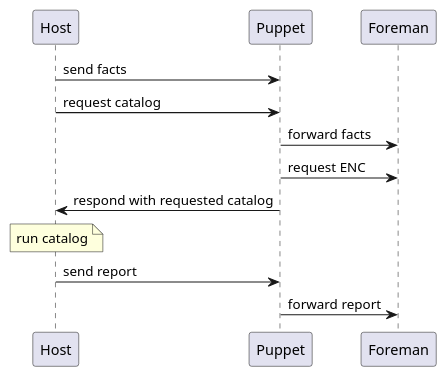
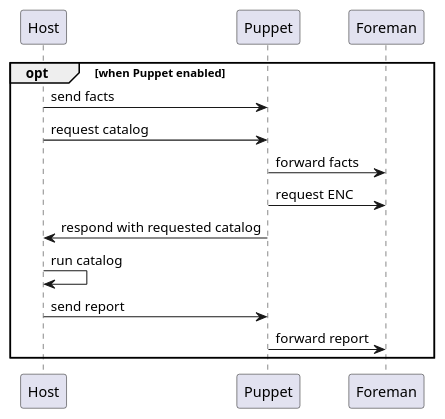
Before and after one commit to theforeman/foreman-documentation: the diagram in guides/image-sources/puppet-run.iuml, drawn with PlantUML. The commit also changed 3 other files, not shown here.

```diff
--- a/guides/image-sources/puppet-run.iuml
+++ b/guides/image-sources/puppet-run.iuml
@@ -1,8 +1,10 @@
-Host -> Puppet : send facts
-Host -> Puppet : request catalog
-Puppet -> Foreman : forward facts
-Puppet -> Foreman : request ENC
-Puppet -> Host : respond with requested catalog
-note over Host : run catalog
-Host -> Puppet : send report
-Puppet -> Foreman : forward report
+opt when Puppet enabled
+   Host -> Puppet : send facts
+   Host -> Puppet : request catalog
+   Puppet -> Foreman : forward facts
+   Puppet -> Foreman : request ENC
+   Puppet -> Host : respond with requested catalog
+   Host -> Host : run catalog
+   Host -> Puppet : send report
+   Puppet -> Foreman : forward report
+end
```
